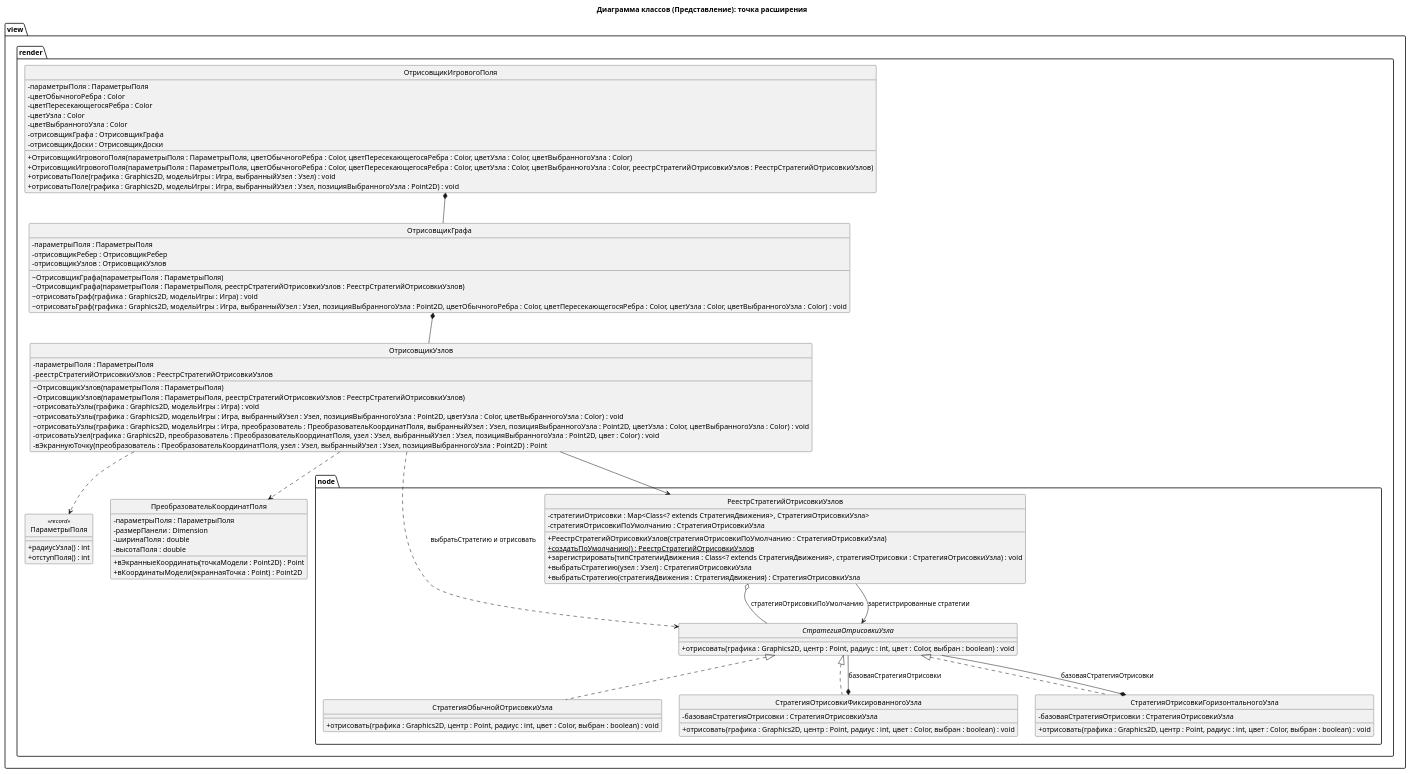
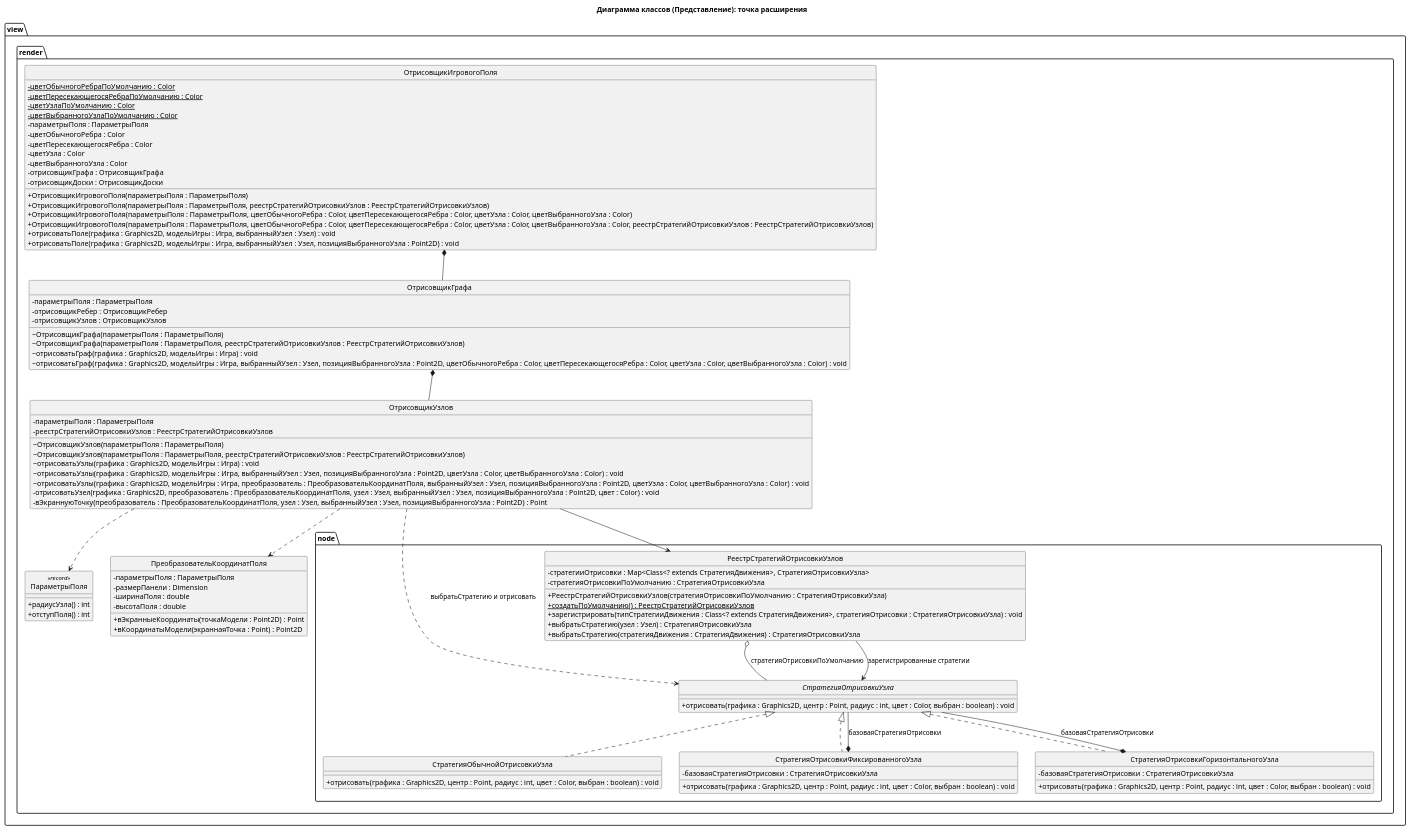
One commit to dmitriyBreyfogel/Untangle changed the diagram in diagrams/Point of extension/Class Diagram (View).puml. Above: the diagram before and after it, drawn with PlantUML. The commit also changed 6 other files, not shown here.

```diff
--- a/diagrams/Point of extension/Class Diagram (View).puml
+++ b/diagrams/Point of extension/Class Diagram (View).puml
@@ -1,103 +1,109 @@
 @startuml
 title Диаграмма классов (Представление): точка расширения
 
 skinparam classAttributeIconSize 0
 hide circle
 
 package view.render {
     class ОтрисовщикИгровогоПоля {
+        - {static} цветОбычногоРебраПоУмолчанию : Color
+        - {static} цветПересекающегосяРебраПоУмолчанию : Color
+        - {static} цветУзлаПоУмолчанию : Color
+        - {static} цветВыбранногоУзлаПоУмолчанию : Color
         - параметрыПоля : ПараметрыПоля
         - цветОбычногоРебра : Color
         - цветПересекающегосяРебра : Color
         - цветУзла : Color
         - цветВыбранногоУзла : Color
         - отрисовщикГрафа : ОтрисовщикГрафа
         - отрисовщикДоски : ОтрисовщикДоски
+        + ОтрисовщикИгровогоПоля(параметрыПоля : ПараметрыПоля)
+        + ОтрисовщикИгровогоПоля(параметрыПоля : ПараметрыПоля, реестрСтратегийОтрисовкиУзлов : РеестрСтратегийОтрисовкиУзлов)
         + ОтрисовщикИгровогоПоля(параметрыПоля : ПараметрыПоля, цветОбычногоРебра : Color, цветПересекающегосяРебра : Color, цветУзла : Color, цветВыбранногоУзла : Color)
         + ОтрисовщикИгровогоПоля(параметрыПоля : ПараметрыПоля, цветОбычногоРебра : Color, цветПересекающегосяРебра : Color, цветУзла : Color, цветВыбранногоУзла : Color, реестрСтратегийОтрисовкиУзлов : РеестрСтратегийОтрисовкиУзлов)
         + отрисоватьПоле(графика : Graphics2D, модельИгры : Игра, выбранныйУзел : Узел) : void
         + отрисоватьПоле(графика : Graphics2D, модельИгры : Игра, выбранныйУзел : Узел, позицияВыбранногоУзла : Point2D) : void
     }
 
     class ОтрисовщикГрафа {
         - параметрыПоля : ПараметрыПоля
         - отрисовщикРебер : ОтрисовщикРебер
         - отрисовщикУзлов : ОтрисовщикУзлов
         ~ ОтрисовщикГрафа(параметрыПоля : ПараметрыПоля)
         ~ ОтрисовщикГрафа(параметрыПоля : ПараметрыПоля, реестрСтратегийОтрисовкиУзлов : РеестрСтратегийОтрисовкиУзлов)
         ~ отрисоватьГраф(графика : Graphics2D, модельИгры : Игра) : void
         ~ отрисоватьГраф(графика : Graphics2D, модельИгры : Игра, выбранныйУзел : Узел, позицияВыбранногоУзла : Point2D, цветОбычногоРебра : Color, цветПересекающегосяРебра : Color, цветУзла : Color, цветВыбранногоУзла : Color) : void
     }
 
     class ОтрисовщикУзлов {
         - параметрыПоля : ПараметрыПоля
         - реестрСтратегийОтрисовкиУзлов : РеестрСтратегийОтрисовкиУзлов
         ~ ОтрисовщикУзлов(параметрыПоля : ПараметрыПоля)
         ~ ОтрисовщикУзлов(параметрыПоля : ПараметрыПоля, реестрСтратегийОтрисовкиУзлов : РеестрСтратегийОтрисовкиУзлов)
         ~ отрисоватьУзлы(графика : Graphics2D, модельИгры : Игра) : void
         ~ отрисоватьУзлы(графика : Graphics2D, модельИгры : Игра, выбранныйУзел : Узел, позицияВыбранногоУзла : Point2D, цветУзла : Color, цветВыбранногоУзла : Color) : void
         ~ отрисоватьУзлы(графика : Graphics2D, модельИгры : Игра, преобразователь : ПреобразовательКоординатПоля, выбранныйУзел : Узел, позицияВыбранногоУзла : Point2D, цветУзла : Color, цветВыбранногоУзла : Color) : void
         - отрисоватьУзел(графика : Graphics2D, преобразователь : ПреобразовательКоординатПоля, узел : Узел, выбранныйУзел : Узел, позицияВыбранногоУзла : Point2D, цвет : Color) : void
         - вЭкраннуюТочку(преобразователь : ПреобразовательКоординатПоля, узел : Узел, выбранныйУзел : Узел, позицияВыбранногоУзла : Point2D) : Point
     }
 
     class ПараметрыПоля <<record>> {
         + радиусУзла() : int
         + отступПоля() : int
     }
 
     class ПреобразовательКоординатПоля {
         - параметрыПоля : ПараметрыПоля
         - размерПанели : Dimension
         - ширинаПоля : double
         - высотаПоля : double
         + вЭкранныеКоординаты(точкаМодели : Point2D) : Point
         + вКоординатыМодели(экраннаяТочка : Point) : Point2D
     }
 }
 
 package view.render.node {
     interface СтратегияОтрисовкиУзла {
         + отрисовать(графика : Graphics2D, центр : Point, радиус : int, цвет : Color, выбран : boolean) : void
     }
 
     class РеестрСтратегийОтрисовкиУзлов {
         - стратегииОтрисовки : Map<Class<? extends СтратегияДвижения>, СтратегияОтрисовкиУзла>
         - стратегияОтрисовкиПоУмолчанию : СтратегияОтрисовкиУзла
         + РеестрСтратегийОтрисовкиУзлов(стратегияОтрисовкиПоУмолчанию : СтратегияОтрисовкиУзла)
         + {static} создатьПоУмолчанию() : РеестрСтратегийОтрисовкиУзлов
         + зарегистрировать(типСтратегииДвижения : Class<? extends СтратегияДвижения>, стратегияОтрисовки : СтратегияОтрисовкиУзла) : void
         + выбратьСтратегию(узел : Узел) : СтратегияОтрисовкиУзла
         + выбратьСтратегию(стратегияДвижения : СтратегияДвижения) : СтратегияОтрисовкиУзла
     }
 
     class СтратегияОбычнойОтрисовкиУзла {
         + отрисовать(графика : Graphics2D, центр : Point, радиус : int, цвет : Color, выбран : boolean) : void
     }
 
     class СтратегияОтрисовкиФиксированногоУзла {
         - базоваяСтратегияОтрисовки : СтратегияОтрисовкиУзла
         + отрисовать(графика : Graphics2D, центр : Point, радиус : int, цвет : Color, выбран : boolean) : void
     }
 
     class СтратегияОтрисовкиГоризонтальногоУзла {
         - базоваяСтратегияОтрисовки : СтратегияОтрисовкиУзла
         + отрисовать(графика : Graphics2D, центр : Point, радиус : int, цвет : Color, выбран : boolean) : void
     }
 }
 
 СтратегияОтрисовкиУзла <|.. СтратегияОбычнойОтрисовкиУзла
 СтратегияОтрисовкиУзла <|.. СтратегияОтрисовкиФиксированногоУзла
 СтратегияОтрисовкиУзла <|.. СтратегияОтрисовкиГоризонтальногоУзла
 СтратегияОтрисовкиФиксированногоУзла *-- СтратегияОтрисовкиУзла : базоваяСтратегияОтрисовки
 СтратегияОтрисовкиГоризонтальногоУзла *-- СтратегияОтрисовкиУзла : базоваяСтратегияОтрисовки
 РеестрСтратегийОтрисовкиУзлов o-- СтратегияОтрисовкиУзла : стратегияОтрисовкиПоУмолчанию
 РеестрСтратегийОтрисовкиУзлов --> СтратегияОтрисовкиУзла : зарегистрированные стратегии
 ОтрисовщикИгровогоПоля *-- ОтрисовщикГрафа
 ОтрисовщикГрафа *-- ОтрисовщикУзлов
 ОтрисовщикУзлов --> РеестрСтратегийОтрисовкиУзлов
 ОтрисовщикУзлов ..> СтратегияОтрисовкиУзла : выбратьСтратегию и отрисовать
 ОтрисовщикУзлов ..> ПреобразовательКоординатПоля
 ОтрисовщикУзлов ..> ПараметрыПоля
 
 @enduml
```
